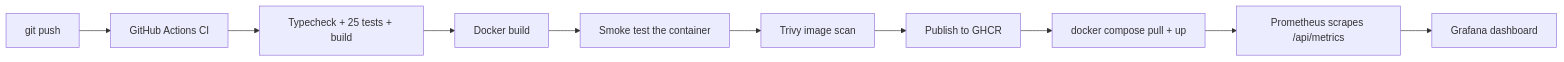
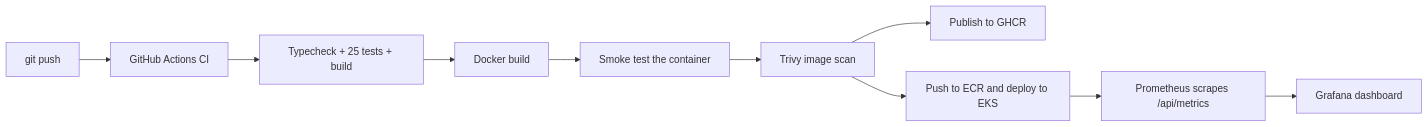
The diagram in docs/DEVOPS.md (prapanjanprabhu/Devagent), drawn with Mermaid before and after one commit. The commit also changed other lines of this file and 1 other file, not shown here.

````diff
--- a/docs/DEVOPS.md
+++ b/docs/DEVOPS.md
@@ -7,12 +7,12 @@
 ```mermaid
 flowchart LR
   A[git push] --> B[GitHub Actions CI]
   B --> C[Typecheck + 25 tests + build]
   C --> D[Docker build]
   D --> E[Smoke test the container]
   E --> F[Trivy image scan]
   F --> G[Publish to GHCR]
-  G --> H[docker compose pull + up]
+  F --> H[Push to ECR and deploy to EKS]
   H --> I[Prometheus scrapes /api/metrics]
   I --> J[Grafana dashboard]
 ```
````
